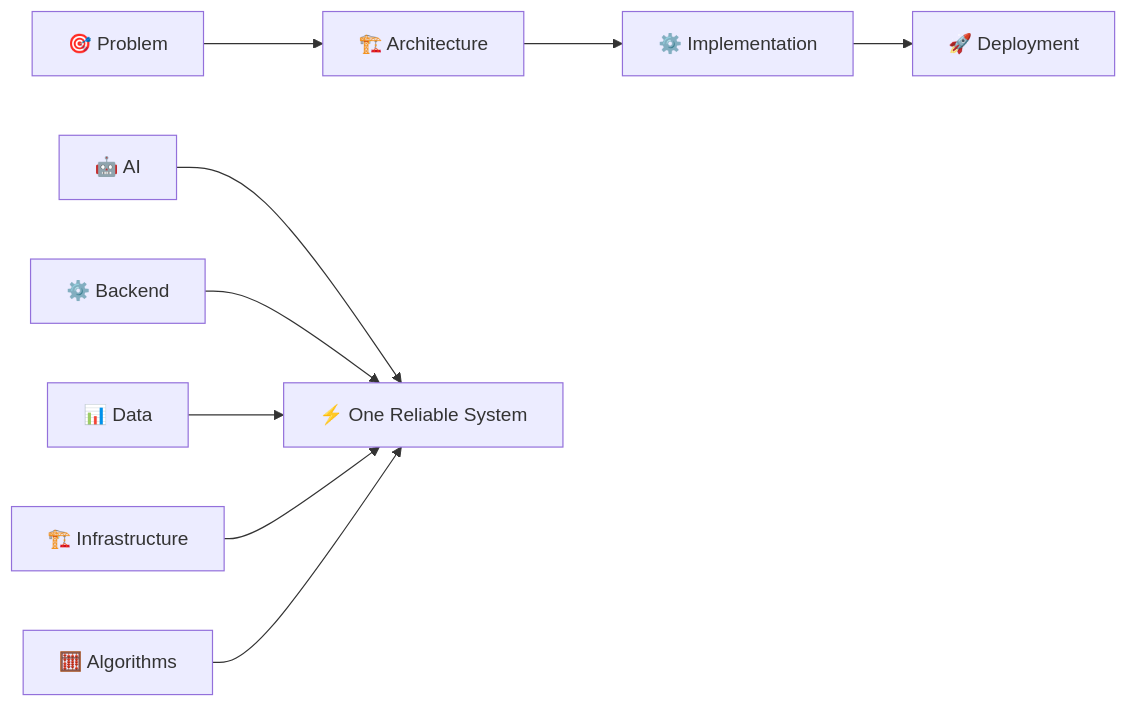
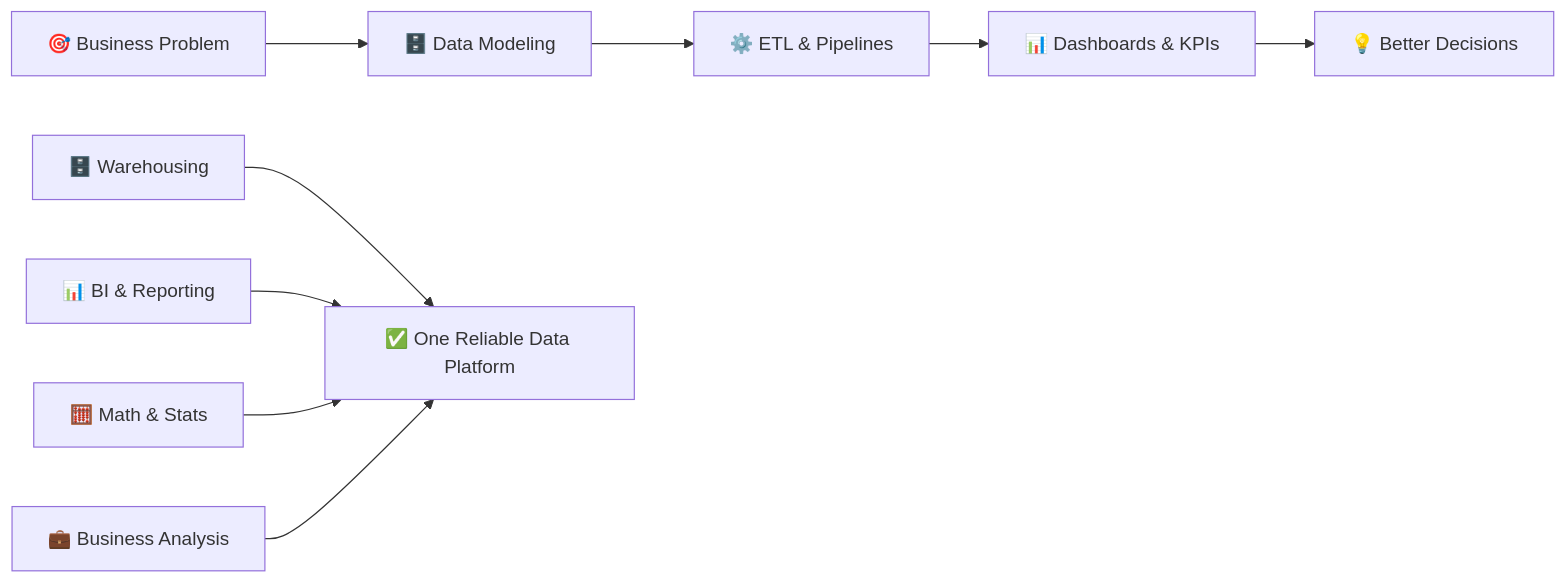
The second of 2 diagrams in README.md (HamidHassasi/HamidHassasi), drawn with Mermaid before and after one commit. The commit also changed other lines of this file, not shown here.

````diff
--- a/README.md
+++ b/README.md
@@ -181,12 +202,12 @@
 ```mermaid
 flowchart LR
-    P["🎯 Problem"] --> A["🏗️ Architecture"]
-    A --> I["⚙️ Implementation"]
-    I --> D["🚀 Deployment"]
+    P["🎯 Business Problem"] --> M["🗄️ Data Modeling"]
+    M --> E["⚙️ ETL & Pipelines"]
+    E --> D["📊 Dashboards & KPIs"]
+    D --> B["💡 Better Decisions"]
 
-    AI["🤖 AI"] --> S["⚡ One Reliable System"]
-    BE["⚙️ Backend"] --> S
-    DA["📊 Data"] --> S
-    IN["🏗️ Infrastructure"] --> S
-    ALG["🧮 Algorithms"] --> S
+    DW["🗄️ Warehousing"] --> S["✅ One Reliable Data Platform"]
+    BI["📊 BI & Reporting"] --> S
+    MA["🧮 Math & Stats"] --> S
+    BA["💼 Business Analysis"] --> S
 ```
````
